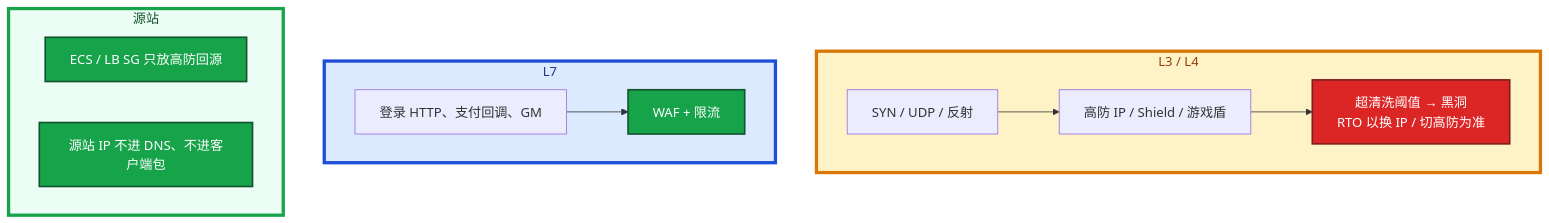
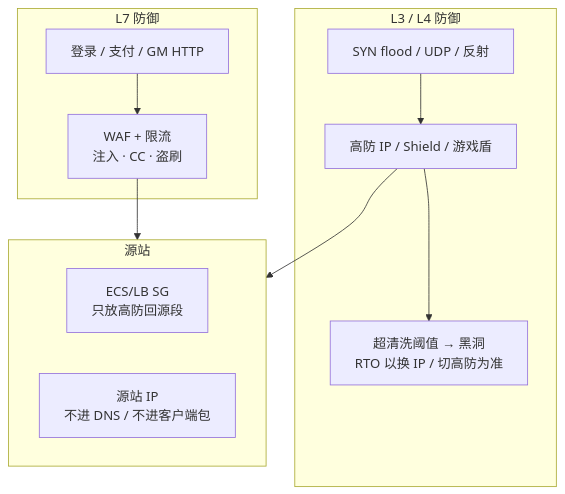
The tenth of 11 diagrams in 06-云平台/01-云网络与安全/知识点.md (ml-cuizijun/LearnToLilith), drawn with Mermaid before and after one commit. The commit also changed other lines of this file and 470 other files, not shown here.

````diff
--- a/06-云平台/01-云网络与安全/知识点.md
+++ b/06-云平台/01-云网络与安全/知识点.md
@@ -504,23 +348,16 @@
 ```mermaid
 flowchart TB
-    subgraph l4 ["L3 / L4"]
-        syn[SYN / UDP / 反射] --> shield[高防 IP / Shield / 游戏盾]
-        shield --> hole["超清洗阈值 → 黑洞<br/>RTO 以换 IP / 切高防为准"]
+    subgraph L4["L3 / L4 防御"]
+        SYN["SYN flood / UDP / 反射"] --> SHIELD["高防 IP / Shield / 游戏盾"]
+        SHIELD --> HOLE["超清洗阈值 → 黑洞<br/>RTO 以换 IP / 切高防为准"]
     end
-    subgraph l7 ["L7"]
-        http[登录 HTTP、支付回调、GM] --> waf[WAF + 限流]
+    subgraph L7["L7 防御"]
+        HTTP["登录 / 支付 / GM HTTP"] --> WAF["WAF + 限流<br/>注入 · CC · 盗刷"]
     end
-    subgraph origin ["源站"]
-        sg["ECS / LB SG 只放高防回源"]
-        hide[源站 IP 不进 DNS、不进客户端包]
+    subgraph ORIGIN["源站"]
+        SG2["ECS/LB SG<br/>只放高防回源段"]
+        HIDE["源站 IP<br/>不进 DNS / 不进客户端包"]
     end
-
-    classDef bad fill:#DC2626,stroke:#7F1D1D,stroke-width:2px,color:#fff
-    classDef ok fill:#16A34A,stroke:#14532D,stroke-width:2px,color:#fff
-    class hole bad
-    class waf,sg,hide ok
-
-    style l4 fill:#FEF3C7,stroke:#D97706,stroke-width:4px,color:#92400E
-    style l7 fill:#DBEAFE,stroke:#1D4ED8,stroke-width:4px,color:#1E3A8A
-    style origin fill:#ECFDF5,stroke:#16A34A,stroke-width:4px,color:#14532D
+    SHIELD --> ORIGIN
+    WAF --> ORIGIN
 ```
````
